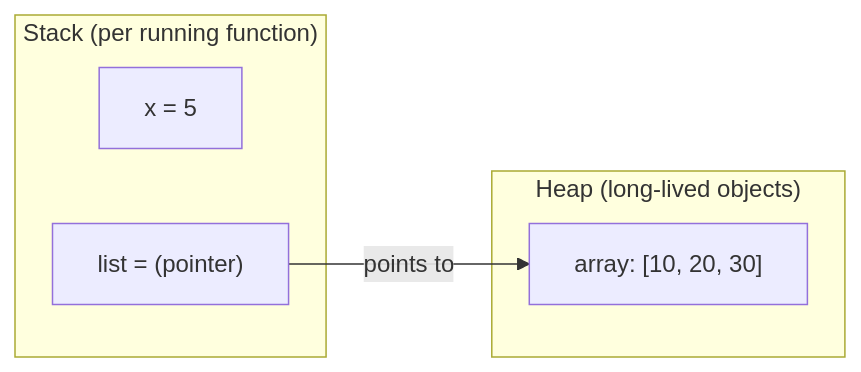
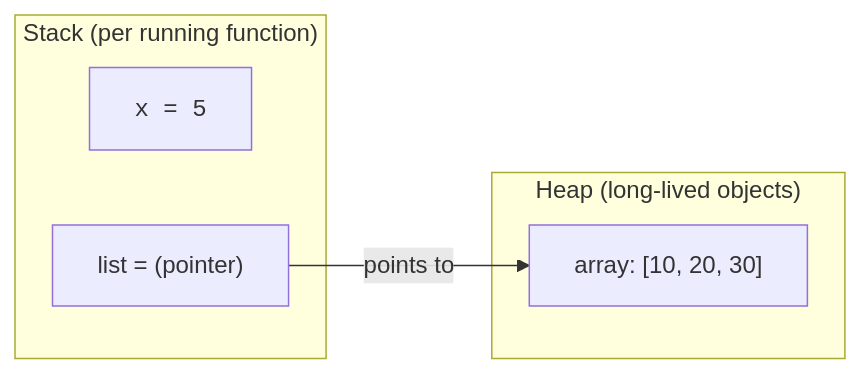
The third of 3 diagrams in content/learn/beginners-javascript/how-computers-execute-programs.mdx (dataslope/dataslope), drawn with Mermaid before and after one commit. The commit also changed other lines of this file and 218 other files, not shown here.

First line of the commit message:
Render code-only mermaid shapes in monospace; convert step sequences to Steps (#467)

````diff
--- a/content/learn/beginners-javascript/how-computers-execute-programs.mdx
+++ b/content/learn/beginners-javascript/how-computers-execute-programs.mdx
@@ -182,11 +182,11 @@
 ```mermaid
 flowchart LR
     subgraph Stack["Stack (per running function)"]
-        S1["x = 5"]
+        S1["<code>x = 5</code>"]
         S2["list = (pointer)"]
     end
     subgraph Heap["Heap (long-lived objects)"]
         H1["array: [10, 20, 30]"]
     end
     S2 -->|points to| H1
 ```
````
